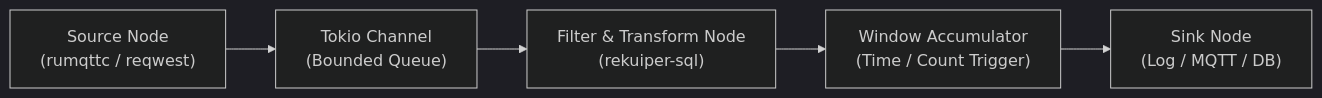
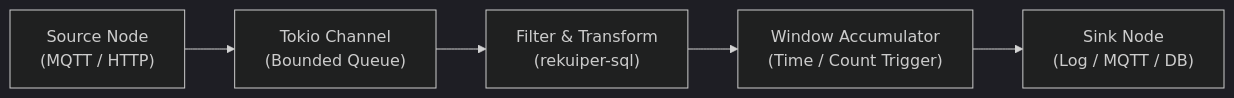
One commit to ankur-paan/rekuiper changed the second of 2 diagrams in docs/en_US/concepts/ekuiper.md. Above: the diagram before and after it, drawn with Mermaid (dark theme). The commit also changed other lines of this file and 49 other files, not shown here.

````diff
--- a/docs/en_US/concepts/ekuiper.md
+++ b/docs/en_US/concepts/ekuiper.md
@@ -110,7 +111,7 @@
 ```mermaid
 flowchart LR
-    Source["Source Node\n(rumqttc / reqwest)"] --> Buffer["Tokio Channel\n(Bounded Queue)"]
-    Buffer --> Transform["Filter & Transform Node\n(rekuiper-sql)"]
+    Source["Source Node\n(MQTT / HTTP)"] --> Buffer["Tokio Channel\n(Bounded Queue)"]
+    Buffer --> Transform["Filter & Transform\n(rekuiper-sql)"]
     Transform --> Window["Window Accumulator\n(Time / Count Trigger)"]
     Window --> Egress["Sink Node\n(Log / MQTT / DB)"]
 ```
````
